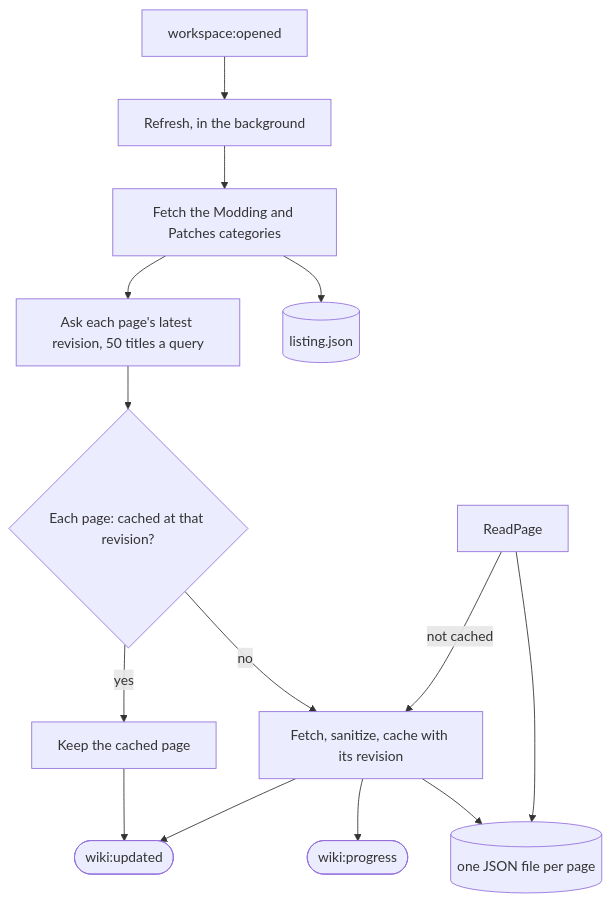
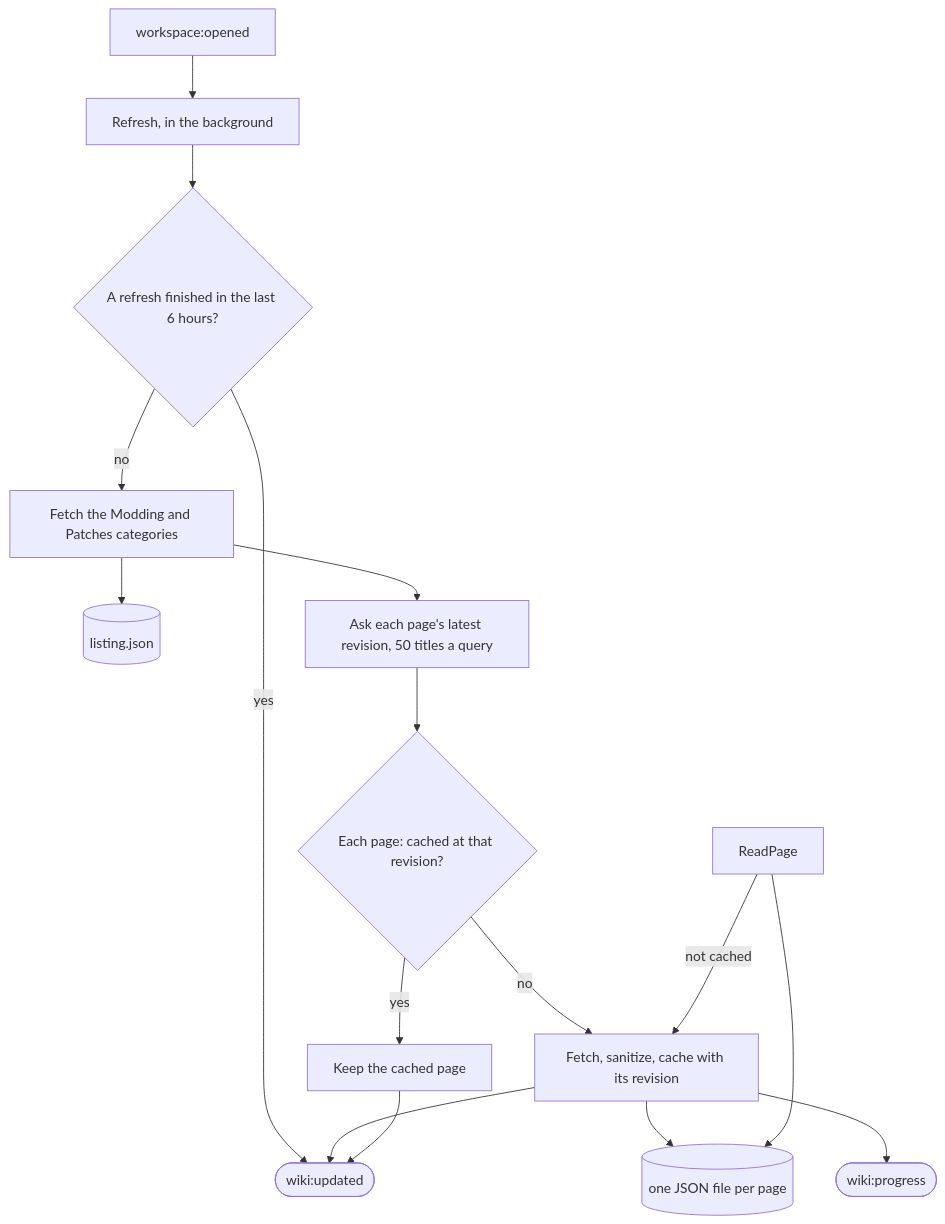
Before and after one commit to idodavis/paradox-modding-tools: the diagram in services/wiki/README.md, drawn with Mermaid. The commit also changed other lines of this file and 31 other files, not shown here.

````diff
--- a/services/wiki/README.md
+++ b/services/wiki/README.md
@@ -16,16 +16,18 @@
 ```mermaid
 flowchart TD
   opened["workspace:opened"] --> refresh["Refresh, in the background"]
-  refresh --> listing["Fetch the Modding and Patches categories"]
+  refresh --> recent{"A refresh finished in the last 6 hours?"}
+  recent -->|yes| updated
+  recent -->|no| listing["Fetch the Modding and Patches categories"]
   listing --> saved[("listing.json")]
   listing --> revisions["Ask each page's latest revision, 50 titles a query"]
   revisions --> stale{"Each page: cached at that revision?"}
   stale -->|no| fetch["Fetch, sanitize, cache with its revision"]
   fetch --> pages[("one JSON file per page")]
   fetch --> progress(["wiki:progress"])
   stale -->|yes| skip["Keep the cached page"]
   fetch --> updated(["wiki:updated"])
   skip --> updated
   read["ReadPage"] --> pages
   read -->|not cached| fetch
 ```
````
